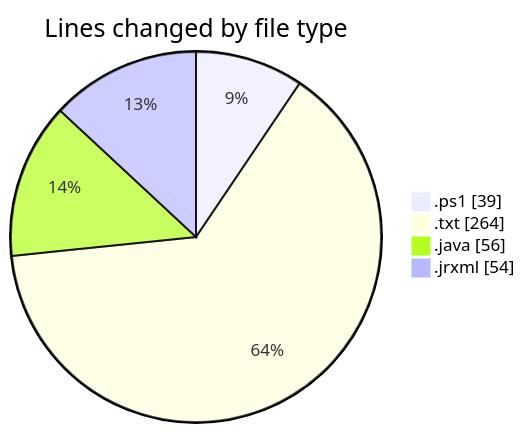
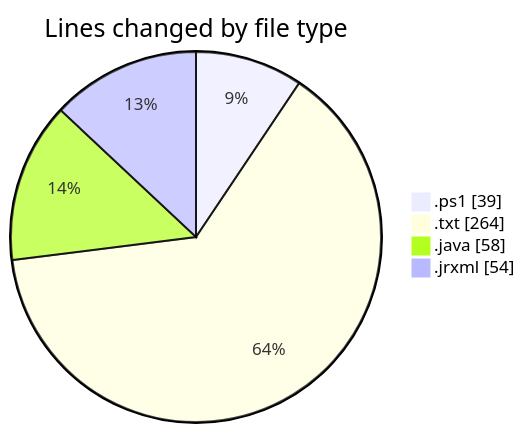
The first of 2 diagrams in 2026-03-03/cilreports__workspace_/README.md (ricardozamudiocil/code-tracking), drawn with Mermaid before and after one commit. The commit also changed other lines of this file and 1 other file, not shown here.

````diff
--- a/2026-03-03/cilreports__workspace_/README.md
+++ b/2026-03-03/cilreports__workspace_/README.md
@@ -25,8 +25,8 @@
 ```mermaid
 pie showData
 title Lines changed by file type
 ".ps1" : 39
 ".txt" : 264
-".java" : 56
+".java" : 58
 ".jrxml" : 54
 ```
````
